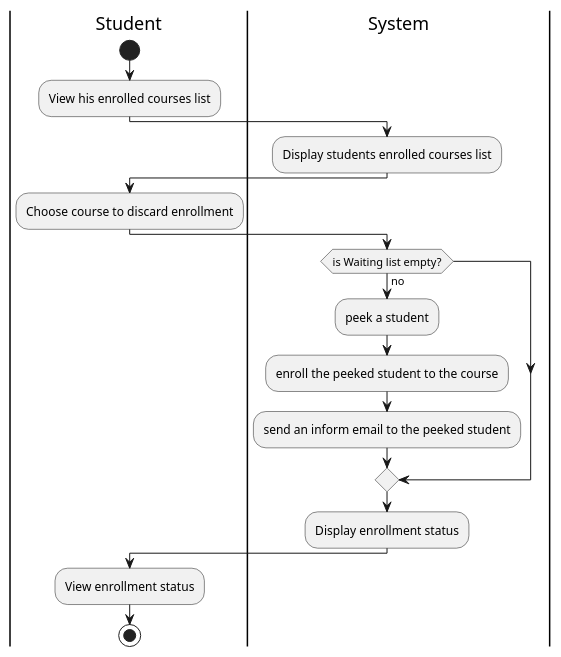
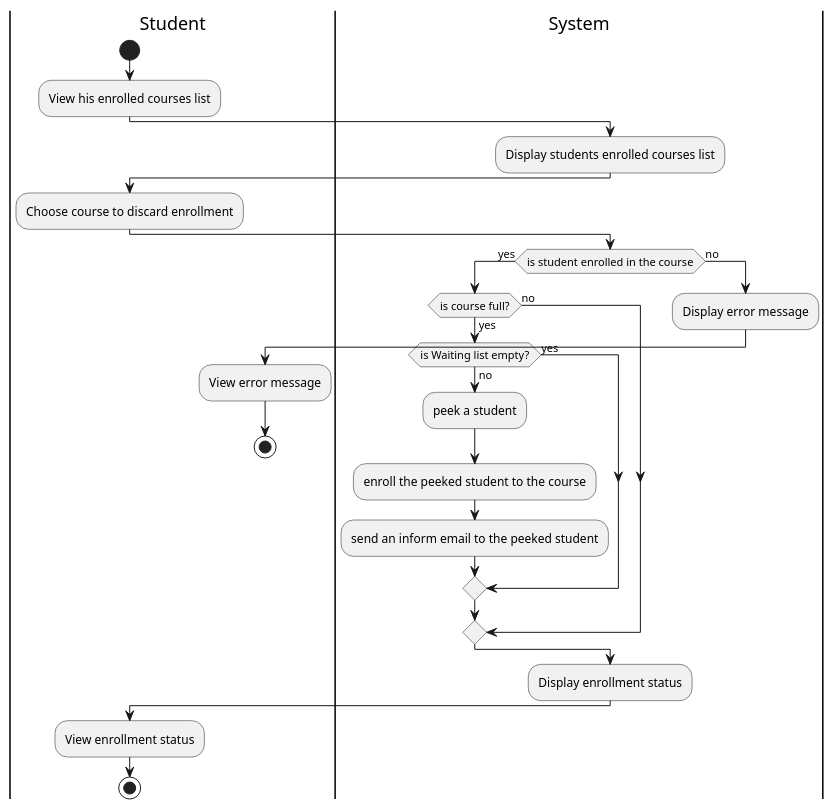
One commit to matejsubrt/uvod-sw-inz changed the fifth of 6 diagrams in seminar-work-template.md. Above: the diagram before and after it, drawn with PlantUML. The commit also changed other lines of this file, not shown here.

Commit message:
update  discarding enorllment

````diff
--- a/seminar-work-template.md
+++ b/seminar-work-template.md
@@ -356,28 +356,40 @@
 ```plantuml
 @startuml
 |Student|
 start
 
 :View his enrolled courses list;
 |System|
 :Display students enrolled courses list;
 |Student|
 :Choose course to discard enrollment;
 |System|
-if (is Waiting list empty?) then (no)
-  |System|
-  :peek a student;
-  |System|
-  :enroll the peeked student to the course;
-  |System|
-  :send an inform email to the peeked student;
+if(is student enrolled in the course) then (yes)
+    if (is course full?) then (yes)
+        if (is Waiting list empty?) then (no)
+            |System|
+            :peek a student;
+            |System|
+            :enroll the peeked student to the course;
+            |System|
+            :send an inform email to the peeked student;
+        else (yes)
+        endif
+    else (no)
+    endif
+else (no)
+|System|
+:Display error message;
+|Student|
+:View error message;
+stop
 endif
 
 |System|
 :Display enrollment status;
 |Student|
 :View enrollment status;
 |Student|
 stop
 @enduml
 ```
````
